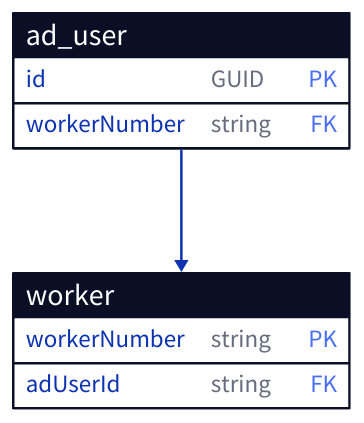
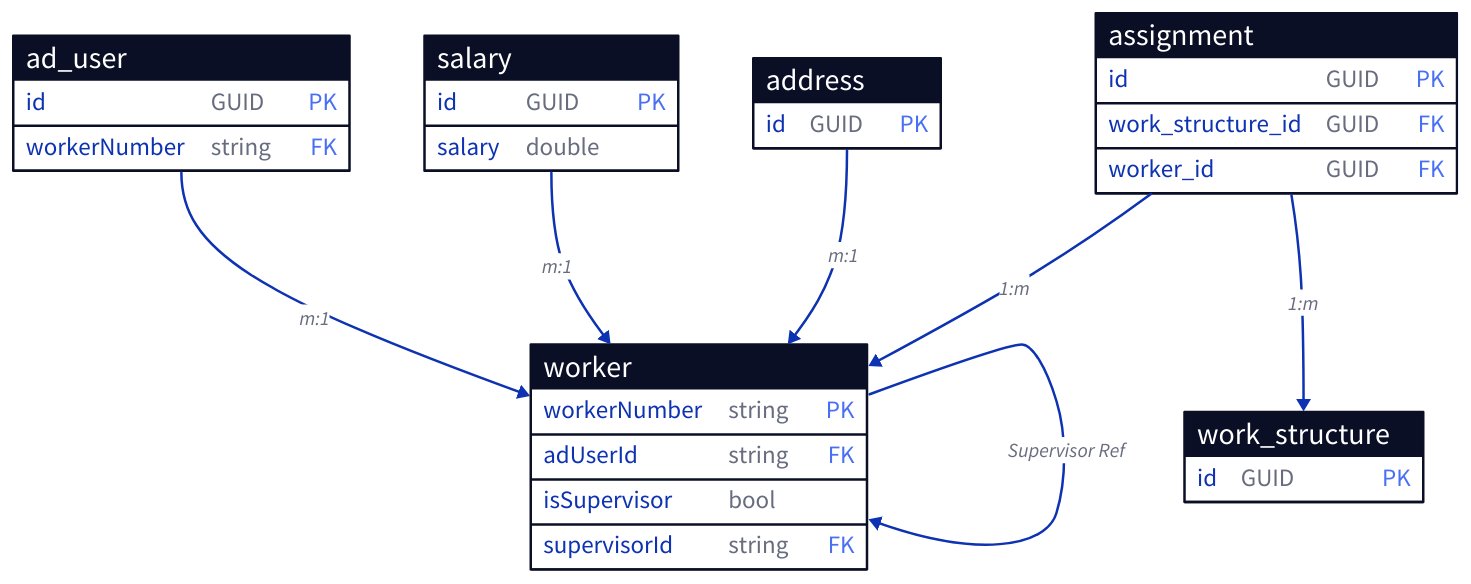
The diagram in Workforce/WorkforceEntities.d2 (txd220/td_domain_context), drawn with D2 before and after one commit. The commit also changed 9 other files, not shown here.

```diff
--- a/Workforce/WorkforceEntities.d2
+++ b/Workforce/WorkforceEntities.d2
@@ -1,13 +1,44 @@
 worker: {
     shape:sql_table
     workerNumber: string {constraint: primary_key}
     adUserId: string {constraint: foreign_key}
+    isSupervisor: bool
+    supervisorId: string {constraint: foreign_key}
 }
 
 ad_user: {
     shape: sql_table
     id: GUID {constraint: primary_key}
     workerNumber: string {constraint: foreign_key}
 }
 
-ad_user.id -> worker.workerNumber
+salary: {
+    shape: sql_table
+    id: GUID {constraint: primary_key}
+    salary: double
+}
+
+address: {
+    shape: sql_table
+    id: GUID {constraint: primary_key}
+}
+
+work_structure: {
+    shape: sql_table
+    id: GUID {constraint: primary_key}
+}
+
+assignment: {
+    shape: sql_table
+    id: GUID {constraint: primary_key}
+    work_structure_id: GUID {constraint: foreign_key}
+    worker_id: GUID {constraint: foreign_key}
+}
+
+ad_user.id -> worker: m:1
+salary -> worker: m:1
+address -> worker: m:1
+worker -> worker: Supervisor Ref
+
+assignment -> work_structure: 1:m
+assignment -> worker: 1:m
```
